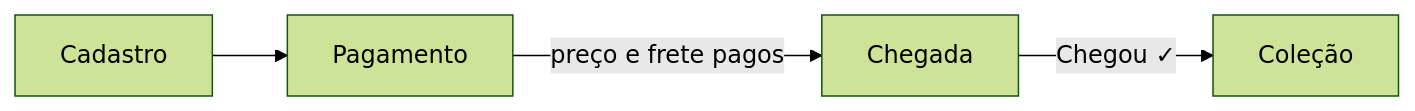
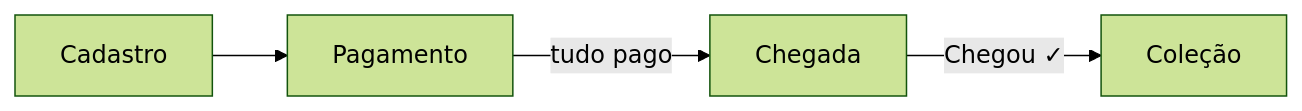
The diagram in README.md (renokkj/pop-collection), drawn with Mermaid (forest theme) before and after one commit. The commit also changed other lines of this file and 4 other files, not shown here.

````diff
--- a/README.md
+++ b/README.md
@@ -28,6 +29,6 @@
 ```mermaid
 flowchart LR
     A[Cadastro] --> B[Pagamento]
-    B -->|preço e frete pagos| C[Chegada]
+    B -->|tudo pago| C[Chegada]
     C -->|Chegou ✓| D[Coleção]
 ```
````
